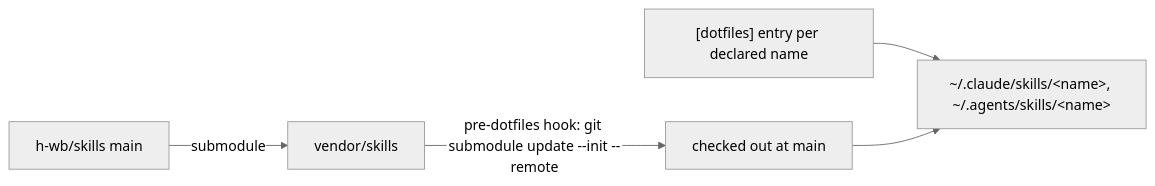
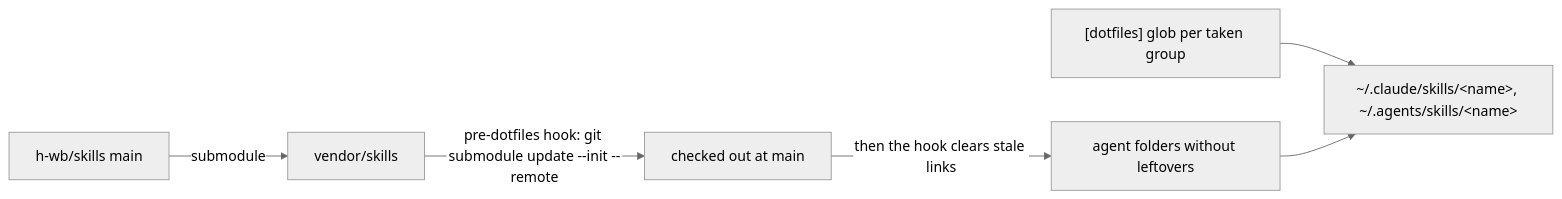
The second of 2 diagrams in conf.d/ai/README.md (h-wb/dotfiles), drawn with Mermaid (neutral theme) before and after one commit. The commit also changed other lines of this file and 6 other files, not shown here.

````diff
--- a/conf.d/ai/README.md
+++ b/conf.d/ai/README.md
@@ -94,7 +94,8 @@
 ```mermaid
 flowchart LR
   S["h-wb/skills main"] -->|"submodule"| V["vendor/skills"]
   V -->|"pre-dotfiles hook: git submodule update --init --remote"| C["checked out at main"]
-  D["[dotfiles] entry per declared name"] --> L["~/.claude/skills/&lt;name&gt;, ~/.agents/skills/&lt;name&gt;"]
-  C --> L
+  C -->|"then the hook clears stale links"| K["agent folders without leftovers"]
+  D["[dotfiles] glob per taken group"] --> L["~/.claude/skills/&lt;name&gt;, ~/.agents/skills/&lt;name&gt;"]
+  K --> L
 ```
````
